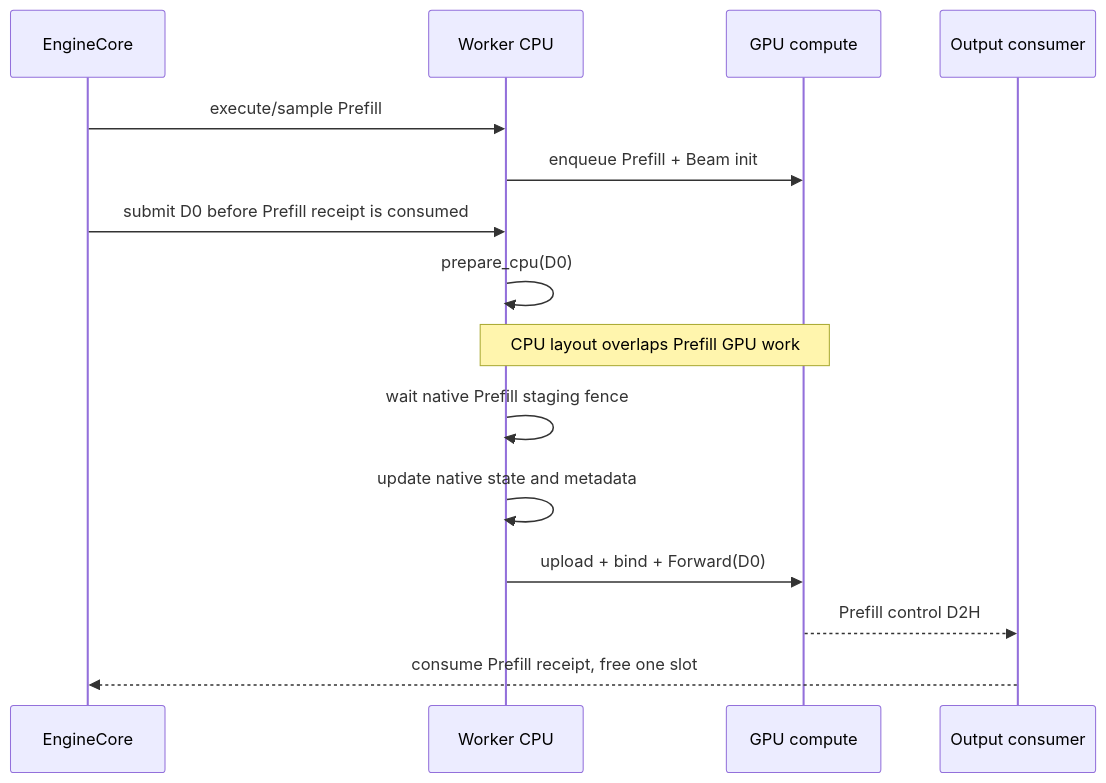
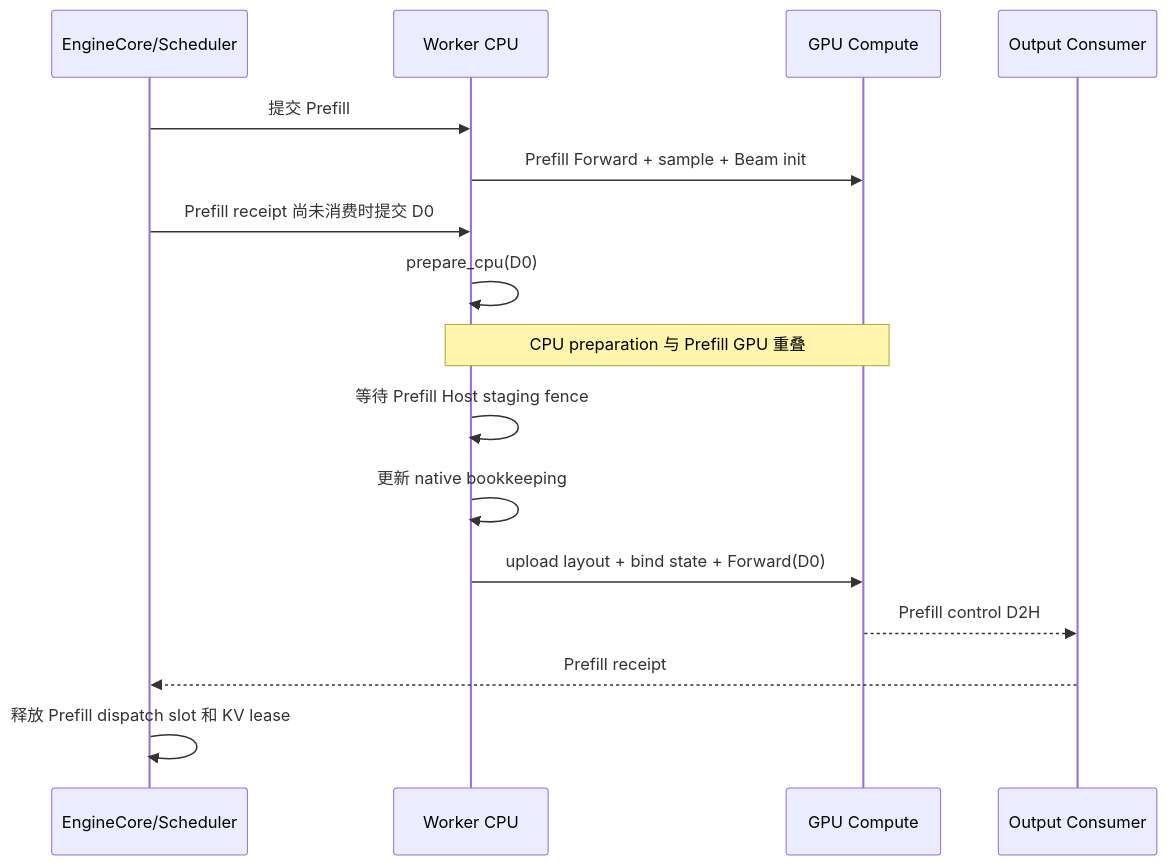
Before and after one commit to ZhiYunpenghuawei/p1: the second of 3 diagrams in Async_schedule_design.md, drawn with Mermaid. The commit also changed other lines of this file, not shown here.

````diff
--- a/Async_schedule_design.md
+++ b/Async_schedule_design.md
@@ -302,17 +436,19 @@
 ```mermaid
 sequenceDiagram
-    participant E as EngineCore
+    participant E as EngineCore/Scheduler
     participant W as Worker CPU
-    participant G as GPU compute
-    participant C as Output consumer
-    E->>W: execute/sample Prefill
-    W->>G: enqueue Prefill + Beam init
-    E->>W: submit D0 before Prefill receipt is consumed
+    participant G as GPU Compute
+    participant C as Output Consumer
+
+    E->>W: 提交 Prefill
+    W->>G: Prefill Forward + sample + Beam init
+    E->>W: Prefill receipt 尚未消费时提交 D0
     W->>W: prepare_cpu(D0)
-    Note over W,G: CPU layout overlaps Prefill GPU work
-    W->>W: wait native Prefill staging fence
-    W->>W: update native state and metadata
-    W->>G: upload + bind + Forward(D0)
+    Note over W,G: CPU preparation 与 Prefill GPU 重叠
+    W->>W: 等待 Prefill Host staging fence
+    W->>W: 更新 native bookkeeping
+    W->>G: upload layout + bind state + Forward(D0)
     G-->>C: Prefill control D2H
-    C-->>E: consume Prefill receipt, free one slot
+    C-->>E: Prefill receipt
+    E->>E: 释放 Prefill dispatch slot 和 KV lease
 ```
````
